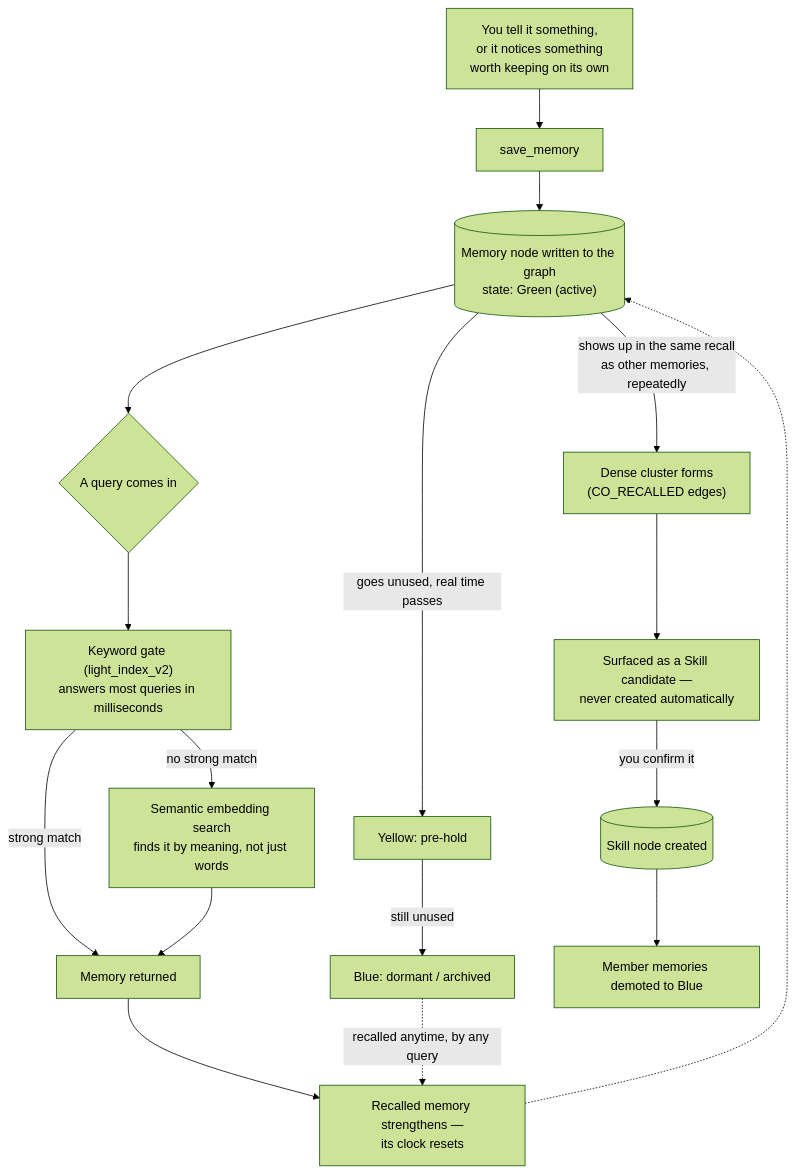
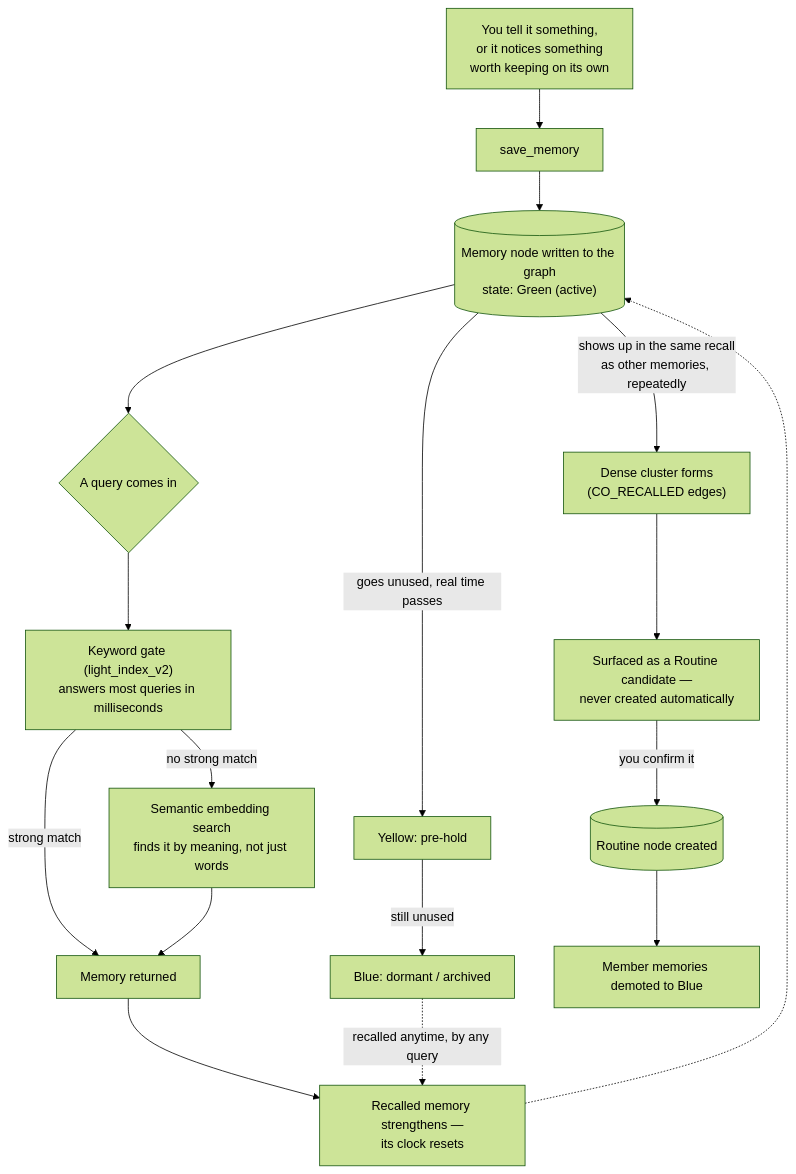
Before and after one commit to kain1077/Nova_MMU_ai: the third of 4 diagrams in README.md, drawn with Mermaid (forest theme). The commit also changed other lines of this file and 4 other files, not shown here.

First line of the commit message:
Rename Skill to Routine, add flow diagrams, drop a stale duplicate

````diff
--- a/README.md
+++ b/README.md
@@ -575,22 +671,22 @@
 ```mermaid
 flowchart TD
     A["You tell it something,<br/>or it notices something<br/>worth keeping on its own"] --> B["save_memory"]
     B --> C[("Memory node written to the graph<br/>state: Green (active)")]
 
     C --> D{"A query comes in"}
     D --> E["Keyword gate (light_index_v2)<br/>answers most queries in milliseconds"]
     E -->|"no strong match"| F["Semantic embedding search<br/>finds it by meaning, not just words"]
     E -->|"strong match"| G["Memory returned"]
     F --> G
     G --> H["Recalled memory strengthens —<br/>its clock resets"]
     H -.-> C
 
     C -->|"goes unused, real time passes"| I["Yellow: pre-hold"]
     I -->|"still unused"| J["Blue: dormant / archived"]
     J -.->|"recalled anytime, by any query"| H
 
     C -->|"shows up in the same recall<br/>as other memories, repeatedly"| K["Dense cluster forms<br/>(CO_RECALLED edges)"]
-    K --> L["Surfaced as a Skill candidate —<br/>never created automatically"]
-    L -->|"you confirm it"| M[("Skill node created")]
+    K --> L["Surfaced as a Routine candidate —<br/>never created automatically"]
+    L -->|"you confirm it"| M[("Routine node created")]
     M --> N["Member memories demoted to Blue"]
 ```
````
